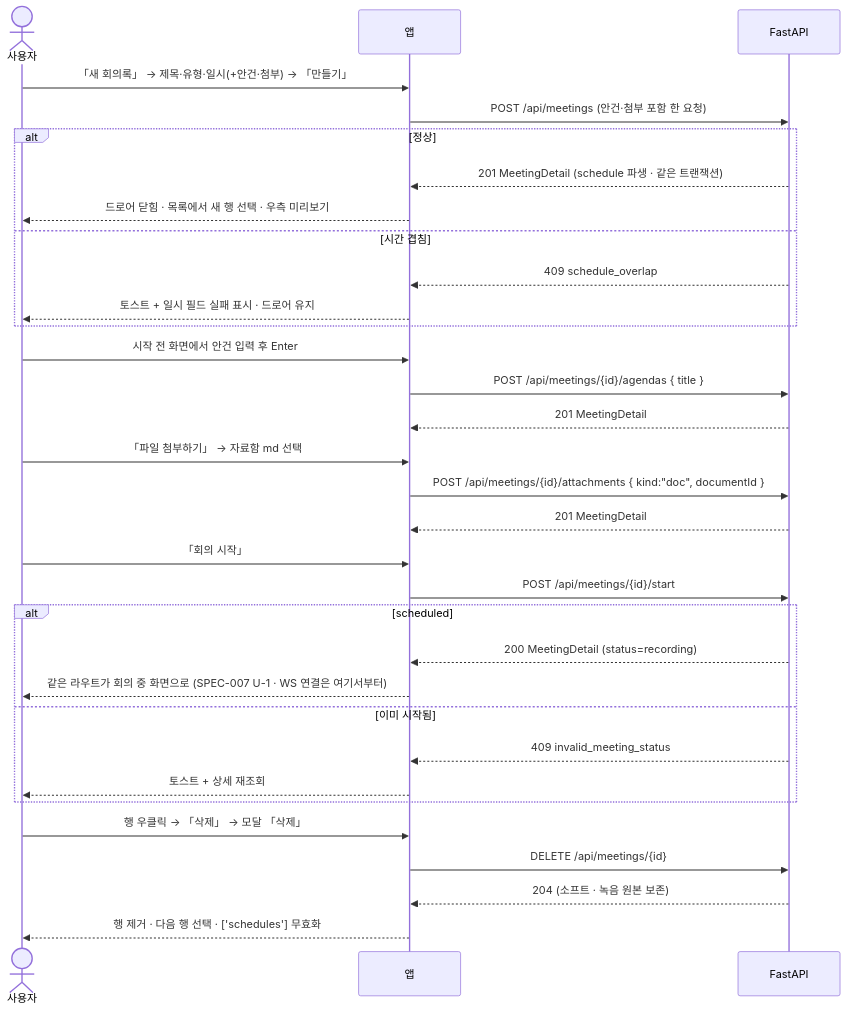
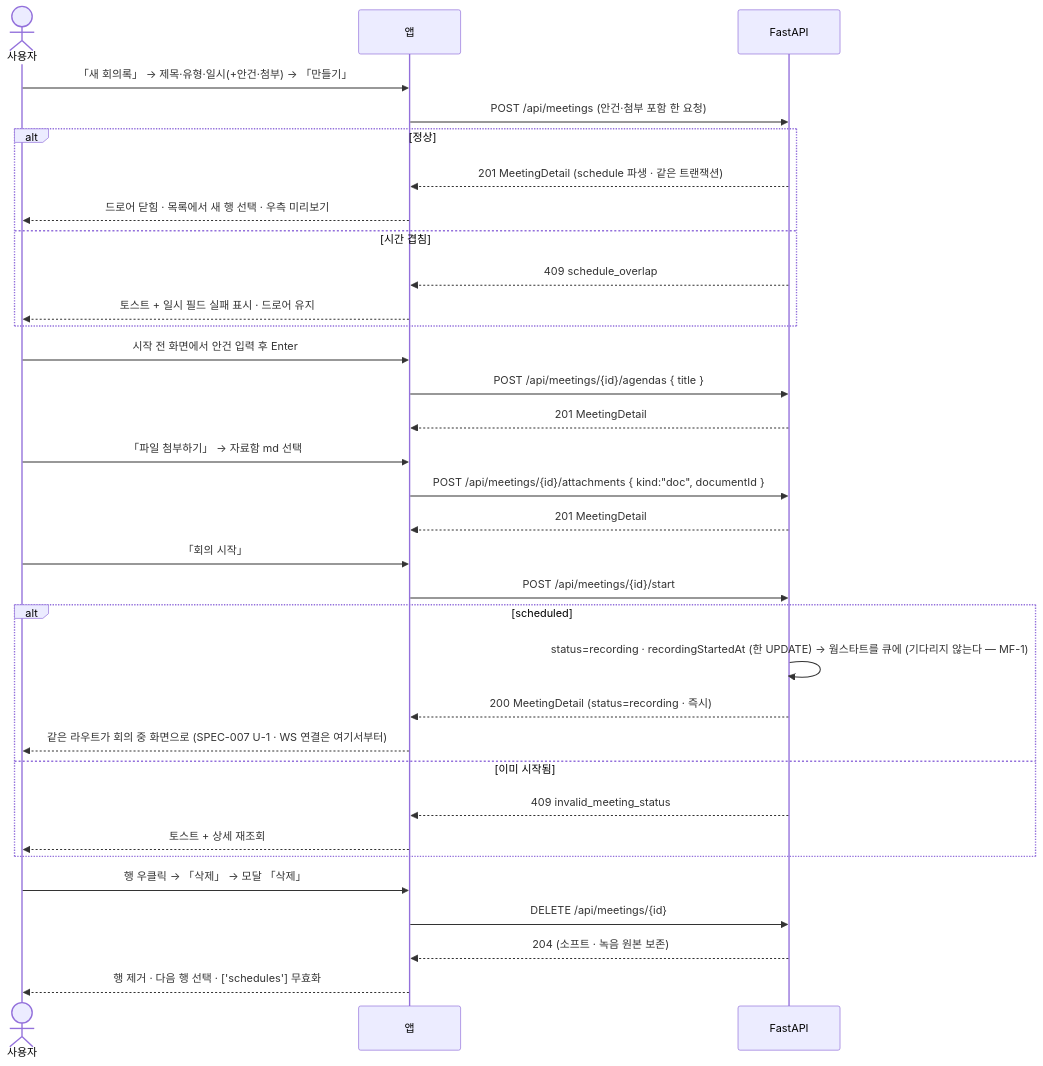
Before and after one commit to kknaks/kknaks_profile: the first of 2 diagrams in para/projects/summer-star/task-management/20-spec/spec-006-meeting-setup.md, drawn with Mermaid. The commit also changed other lines of this file and 21 other files, not shown here.

````diff
--- a/para/projects/summer-star/task-management/20-spec/spec-006-meeting-setup.md
+++ b/para/projects/summer-star/task-management/20-spec/spec-006-meeting-setup.md
@@ -553,39 +563,40 @@
 ```mermaid
 sequenceDiagram
     actor User as 사용자
     participant FE as 앱
     participant BE as FastAPI
 
     User->>FE: 「새 회의록」 → 제목·유형·일시(+안건·첨부) → 「만들기」
     FE->>BE: POST /api/meetings (안건·첨부 포함 한 요청)
     alt 정상
         BE-->>FE: 201 MeetingDetail (schedule 파생 · 같은 트랜잭션)
         FE-->>User: 드로어 닫힘 · 목록에서 새 행 선택 · 우측 미리보기
     else 시간 겹침
         BE-->>FE: 409 schedule_overlap
         FE-->>User: 토스트 + 일시 필드 실패 표시 · 드로어 유지
     end
 
     User->>FE: 시작 전 화면에서 안건 입력 후 Enter
     FE->>BE: POST /api/meetings/{id}/agendas { title }
     BE-->>FE: 201 MeetingDetail
 
     User->>FE: 「파일 첨부하기」 → 자료함 md 선택
     FE->>BE: POST /api/meetings/{id}/attachments { kind:"doc", documentId }
     BE-->>FE: 201 MeetingDetail
 
     User->>FE: 「회의 시작」
     FE->>BE: POST /api/meetings/{id}/start
     alt scheduled
-        BE-->>FE: 200 MeetingDetail (status=recording)
+        BE->>BE: status=recording · recordingStartedAt (한 UPDATE) → 웜스타트를 큐에 (기다리지 않는다 — MF-1)
+        BE-->>FE: 200 MeetingDetail (status=recording · 즉시)
         FE-->>User: 같은 라우트가 회의 중 화면으로 (SPEC-007 U-1 · WS 연결은 여기서부터)
     else 이미 시작됨
         BE-->>FE: 409 invalid_meeting_status
         FE-->>User: 토스트 + 상세 재조회
     end
 
     User->>FE: 행 우클릭 → 「삭제」 → 모달 「삭제」
     FE->>BE: DELETE /api/meetings/{id}
     BE-->>FE: 204 (소프트 · 녹음 원본 보존)
     FE-->>User: 행 제거 · 다음 행 선택 · ['schedules'] 무효화
 ```
````
